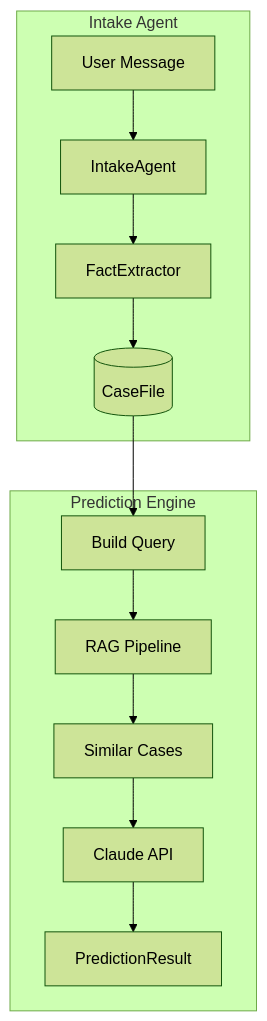
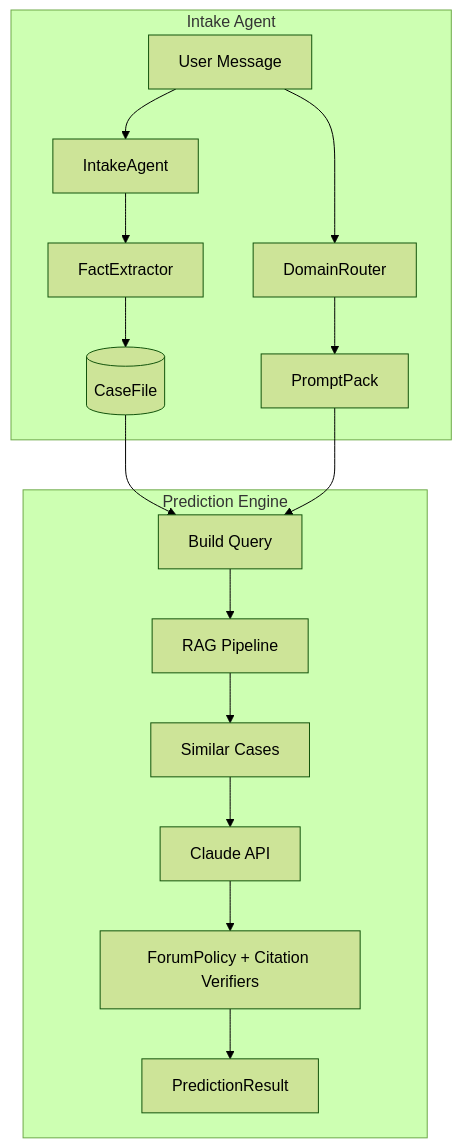
Before and after one commit to MSH4R1F/proposer: the first of 3 diagrams in packages/llm_orchestrator/README.md, drawn with Mermaid (forest theme). The commit also changed other lines of this file and 9 other files, not shown here.

````diff
--- a/packages/llm_orchestrator/README.md
+++ b/packages/llm_orchestrator/README.md
@@ -7,16 +9,20 @@
 ```mermaid
 flowchart TB
     subgraph Intake["Intake Agent"]
         Chat[User Message] --> Agent[IntakeAgent]
+        Chat --> Router[DomainRouter]
+        Router --> Pack[PromptPack]
         Agent --> Extract[FactExtractor]
         Extract --> CaseFile[(CaseFile)]
     end
 
     subgraph Prediction["Prediction Engine"]
         CaseFile --> Query[Build Query]
+        Pack --> Query
         Query --> RAG[RAG Pipeline]
         RAG --> Similar[Similar Cases]
         Similar --> LLM[Claude API]
-        LLM --> Result[PredictionResult]
+        LLM --> Verify[ForumPolicy + Citation Verifiers]
+        Verify --> Result[PredictionResult]
     end
 ```
````
